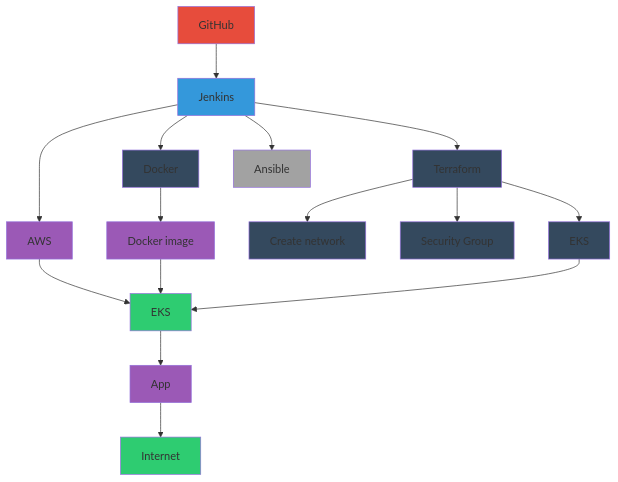
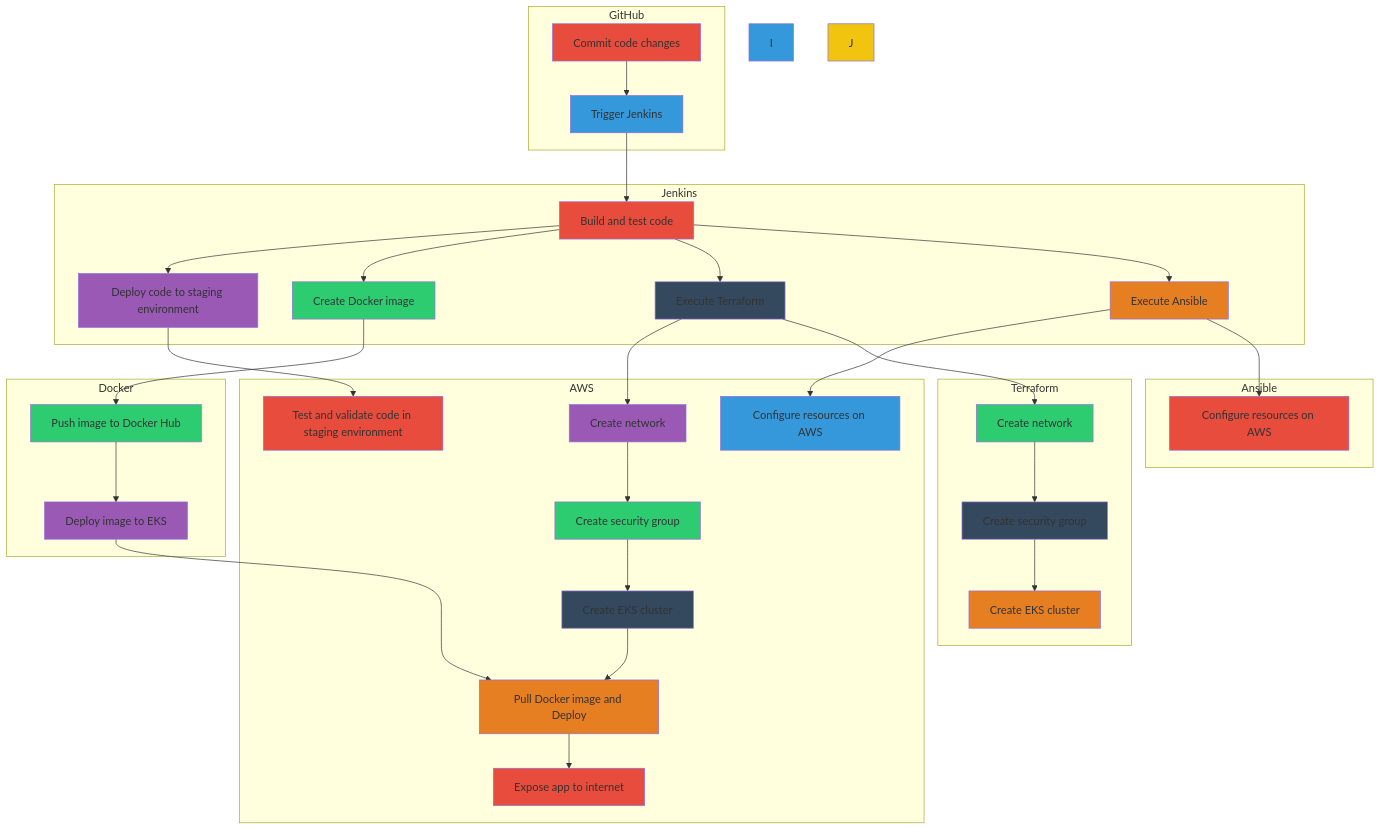
Before and after one commit to Kasdal/FYP-Report: the diagram in diagram.md, drawn with Mermaid.

Commit message:
Rework of Diagram

````diff
--- a/diagram.md
+++ b/diagram.md
@@ -1,32 +1,59 @@
 ```mermaid
 graph TD;
-    A[GitHub] --> B[Jenkins]
-    B --> C[AWS]
-        C --> E[EKS]
-    B --> D[Docker]
-        D --> F[Docker image]
-        F --> E
-    B --> G[Terraform]
-        G --> H[Create network]
-        G --> I[Security Group]
-        G --> J[EKS]
-        J --> E
-    B --> K[Ansible]
-    E --> L[App]
-    L --> M[Internet]
-    
+    subgraph GitHub
+        A[Commit code changes] --> B[Trigger Jenkins]
+    end
+    subgraph Jenkins
+        B --> C[Build and test code]
+        C --> D[Deploy code to staging environment]
+        C --> E[Create Docker image]
+        C --> F[Execute Terraform]
+        C --> G[Execute Ansible]
+    end
+    subgraph AWS
+        D --> H[Test and validate code in staging environment]
+        F --> K[Create network]
+        K --> L[Create security group]
+        L --> M[Create EKS cluster]
+        M --> N[Deploy app to EKS]
+        N --> O[Expose app to internet]
+        G --> P[Configure resources on AWS]
+    end
+    subgraph Docker
+        E --> Q[Push image to Docker Hub]
+        Q --> R[Deploy image to EKS]
+        R --> N[Pull Docker image and Deploy]
+    end
+    subgraph Terraform
+        F --> S[Create network]
+        S --> T[Create security group]
+        T --> U[Create EKS cluster]
+    end
+    subgraph Ansible
+        G --> V[Configure resources on AWS]
+    end
     style A fill:#e74c3c
     style B fill:#3498db
-    style C fill:#9b59b6
-    style D fill:#34495e
+    style C fill:#e74c3c
+    style D fill:#9b59b6
     style E fill:#2ecc71
-    style G fill:#34495e
-    style K fill:#a2a2a2
-    style H fill:#34495e
-    style I fill:#34495e
-    style J fill:#34495e
-    style F fill:#9b59b6
-    style L fill:#9b59b6
-    style M fill:#2ecc71
+    style F fill:#34495e
+    style G fill:#e67e22
+    style H fill:#e74c3c
+    style I fill:#3498db
+    style J fill:#f1c40f
+    style K fill:#9b59b6
+    style L fill:#2ecc71
+    style M fill:#34495e
+    style N fill:#e67e22
+    style O fill:#e74c3c
+    style P fill:#3498db
+    style Q fill:#2ecc71
+    style R fill:#9b59b6
+    style S fill:#2ecc71
+    style T fill:#34495e
+    style U fill:#e67e22
+    style V fill:#e74c3c
+
 
 ```
````
